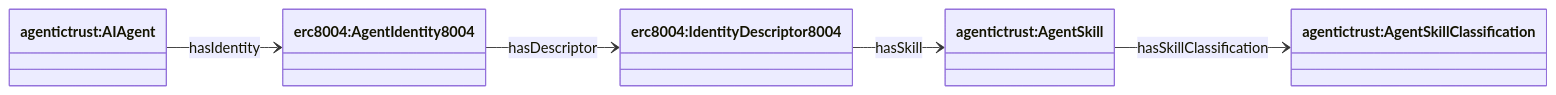
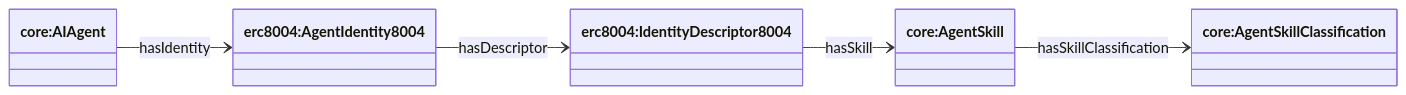
One commit to Agentic-Trust-Layer/agent-explorer changed the third of 4 diagrams in docs/ontology/descriptor.md. Above: the diagram before and after it, drawn with Mermaid. The commit also changed other lines of this file and 49 other files, not shown here.

````diff
--- a/docs/ontology/descriptor.md
+++ b/docs/ontology/descriptor.md
@@ -107,15 +107,15 @@
 ```mermaid
 classDiagram
 direction LR
 
-class AIAgent["agentictrust:AIAgent"]
+class AIAgent["core:AIAgent"]
     class AgentIdentity8004["erc8004:AgentIdentity8004"]
 class IdentityDescriptor8004["erc8004:IdentityDescriptor8004"]
-class AgentSkill["agentictrust:AgentSkill"]
-class AgentSkillClassification["agentictrust:AgentSkillClassification"]
+class AgentSkill["core:AgentSkill"]
+class AgentSkillClassification["core:AgentSkillClassification"]
 
 AIAgent --> AgentIdentity8004 : hasIdentity
 AgentIdentity8004 --> IdentityDescriptor8004 : hasDescriptor
 IdentityDescriptor8004 --> AgentSkill : hasSkill
 AgentSkill --> AgentSkillClassification : hasSkillClassification
 ```
````
